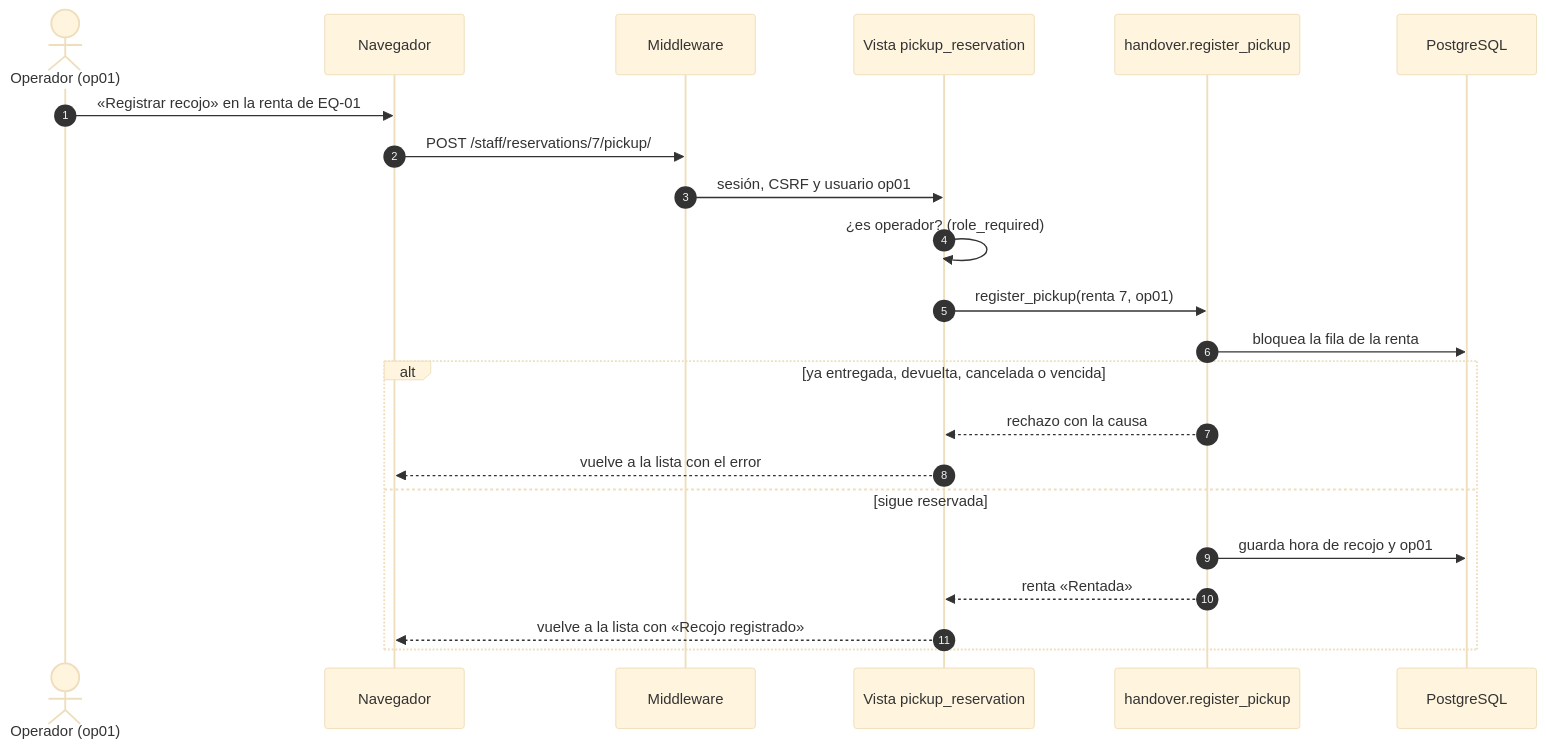
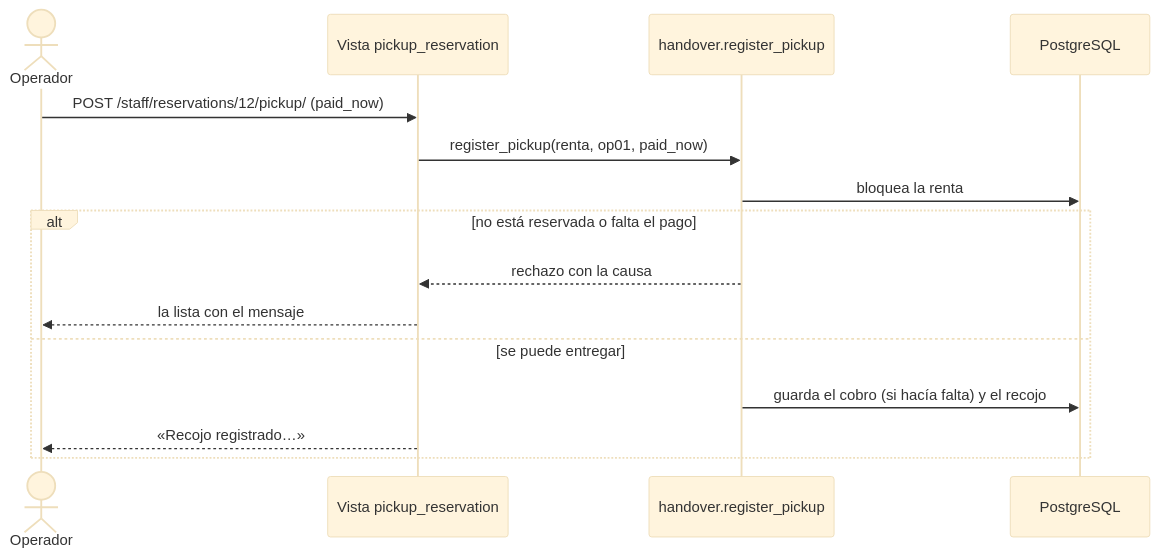
Before and after one commit to peterteranb/astra-rent-system: the ninth of 17 diagrams in docs/casos-de-uso.md, drawn with Mermaid (base theme). The commit also changed other lines of this file and 6 other files, not shown here.

````diff
--- a/docs/casos-de-uso.md
+++ b/docs/casos-de-uso.md
@@ -146,25 +379,17 @@
 ```mermaid
 sequenceDiagram
-    autonumber
-    actor O as Operador (op01)
-    participant N as Navegador
-    participant M as Middleware
+    actor O as Operador
     participant V as Vista pickup_reservation
     participant U as handover.register_pickup
     participant BD as PostgreSQL
-
-    O->>N: «Registrar recojo» en la renta de EQ-01
-    N->>M: POST /staff/reservations/7/pickup/
-    M->>V: sesión, CSRF y usuario op01
-    V->>V: ¿es operador? (role_required)
-    V->>U: register_pickup(renta 7, op01)
-    U->>BD: bloquea la fila de la renta
-    alt ya entregada, devuelta, cancelada o vencida
+    O->>V: POST /staff/reservations/12/pickup/ (paid_now)
+    V->>U: register_pickup(renta, op01, paid_now)
+    U->>BD: bloquea la renta
+    alt no está reservada o falta el pago
         U-->>V: rechazo con la causa
-        V-->>N: vuelve a la lista con el error
-    else sigue reservada
-        U->>BD: guarda hora de recojo y op01
-        U-->>V: renta «Rentada»
-        V-->>N: vuelve a la lista con «Recojo registrado»
+        V-->>O: la lista con el mensaje
+    else se puede entregar
+        U->>BD: guarda el cobro (si hacía falta) y el recojo
+        V-->>O: «Recojo registrado…»
     end
 ```
````
